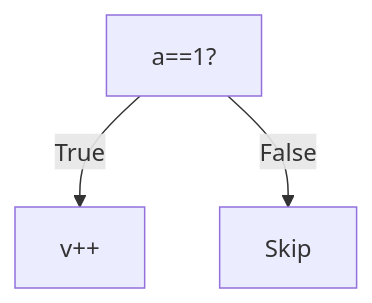
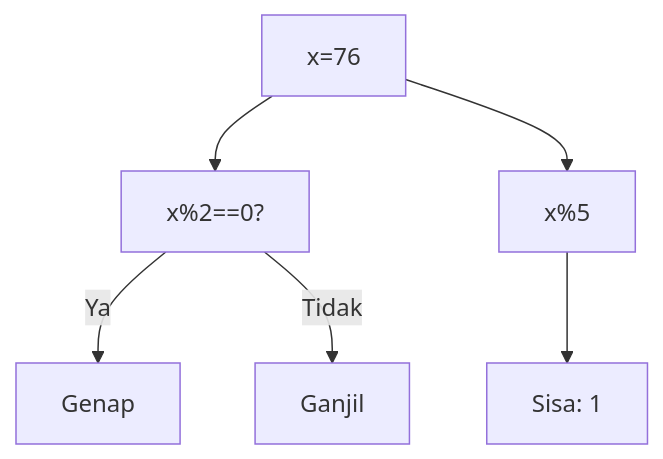
One commit to amnahwaida/OSNK_INF_PREP changed diagram 15 of 25 in part-c-pemahaman-cpp/06-bitwise/latihan/set-04.md. Above: the diagram before and after it, drawn with Mermaid. The commit also changed other lines of this file and 71 other files, not shown here.

Commit message:
Fixed Mermaid syntax lexical errors with quoted labels in 1,800 questions

````diff
--- a/part-c-pemahaman-cpp/06-bitwise/latihan/set-04.md
+++ b/part-c-pemahaman-cpp/06-bitwise/latihan/set-04.md
@@ -416,5 +465,8 @@
 ```mermaid
 graph TD
-A[a==1?] -- True --> B[v++]
-A -- False --> C[Skip]
+A["x=76"] --> B["x%2==0?"]
+B -- Ya --> C["Genap"]
+B -- Tidak --> D["Ganjil"]
+A --> E["x%5"]
+E --> F["Sisa: 1"]
 ```
````
